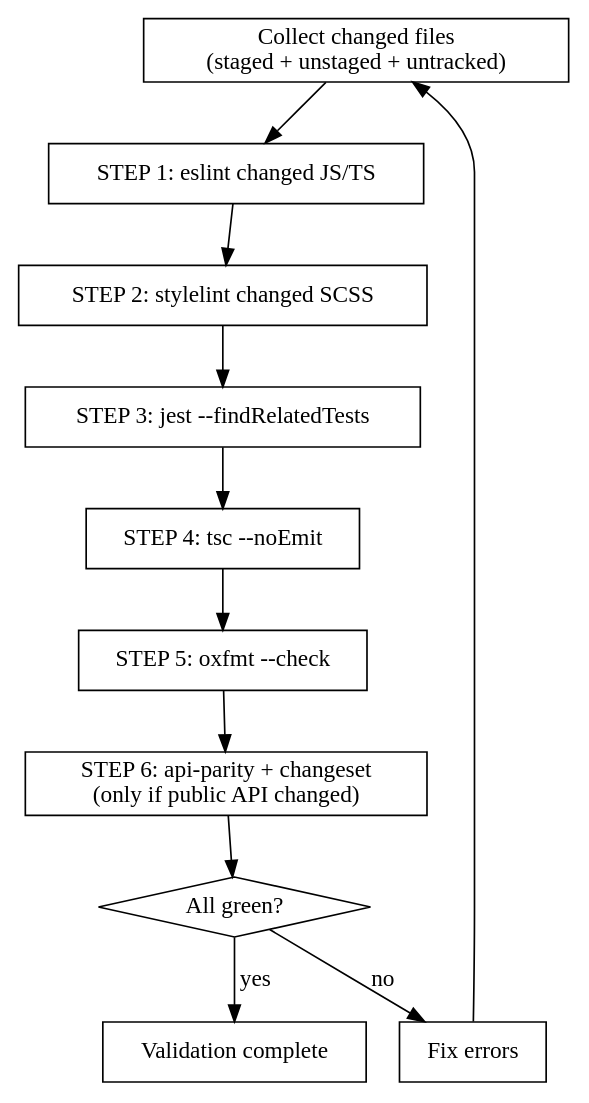
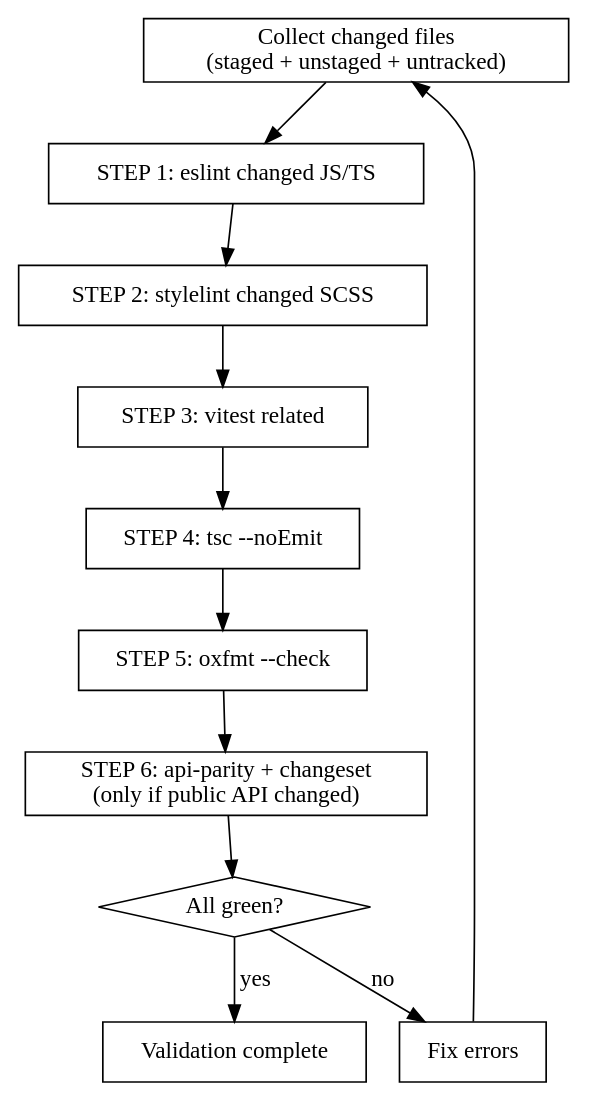
One commit to britecharts/britecharts changed the diagram in .claude/skills/audit-changes/SKILL.md. Above: the diagram before and after it, drawn with Graphviz. The commit also changed other lines of this file and 70 other files, not shown here.

First line of the commit message:
chore: run the unit tests on Vitest instead of Jest (#1139)

````diff
--- a/.claude/skills/audit-changes/SKILL.md
+++ b/.claude/skills/audit-changes/SKILL.md
@@ -16,22 +16,22 @@
 ```dot
 digraph audit {
     rankdir=TB;
     node [shape=box];
 
     collect [label="Collect changed files\n(staged + unstaged + untracked)"];
     lint    [label="STEP 1: eslint changed JS/TS"];
     styles  [label="STEP 2: stylelint changed SCSS"];
-    test    [label="STEP 3: jest --findRelatedTests"];
+    test    [label="STEP 3: vitest related"];
     types   [label="STEP 4: tsc --noEmit"];
     format  [label="STEP 5: oxfmt --check"];
     api     [label="STEP 6: api-parity + changeset\n(only if public API changed)"];
     pass    [label="All green?" shape=diamond];
     fix     [label="Fix errors"];
     done    [label="Validation complete"];
 
     collect -> lint -> styles -> test -> types -> format -> api -> pass;
     pass -> done [label="yes"];
     pass -> fix  [label="no"];
     fix -> collect;
 }
 ```
````
